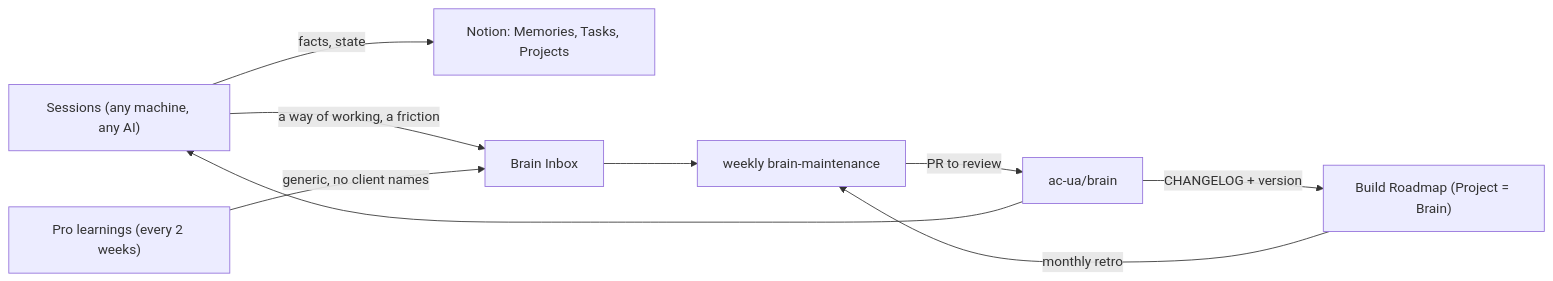
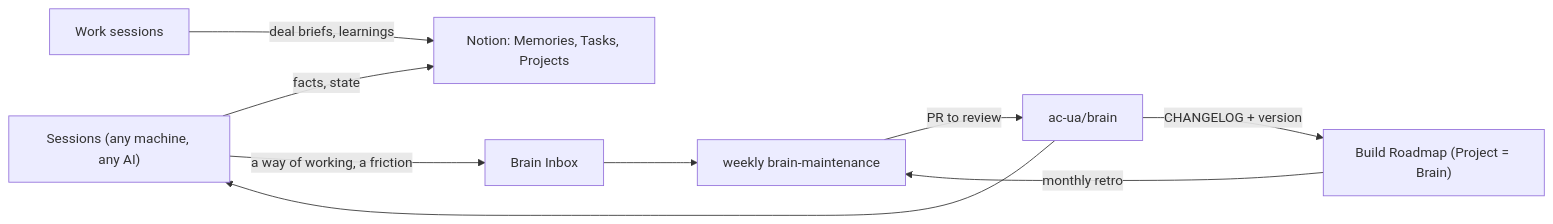
Before and after one commit to ac-ua/Brain: the second of 2 diagrams in docs/BLUEPRINT.md, drawn with Mermaid. The commit also changed other lines of this file and 7 other files, not shown here.

First line of the commit message:
Notion is the system of record for work: deal briefs and learnings at every session close

````diff
--- a/docs/BLUEPRINT.md
+++ b/docs/BLUEPRINT.md
@@ -78,11 +78,11 @@
 ```mermaid
 flowchart LR
   S["Sessions (any machine, any AI)"] -->|facts, state| N["Notion: Memories, Tasks, Projects"]
   S -->|a way of working, a friction| I["Brain Inbox"]
-  P["Pro learnings (every 2 weeks)"] -->|generic, no client names| I
+  P["Work sessions"] -->|deal briefs, learnings| N
   I --> W["weekly brain-maintenance"]
   W -->|PR to review| G["ac-ua/brain"]
   G -->|CHANGELOG + version| R["Build Roadmap (Project = Brain)"]
   R -->|monthly retro| W
   G --> S
 ```
````
